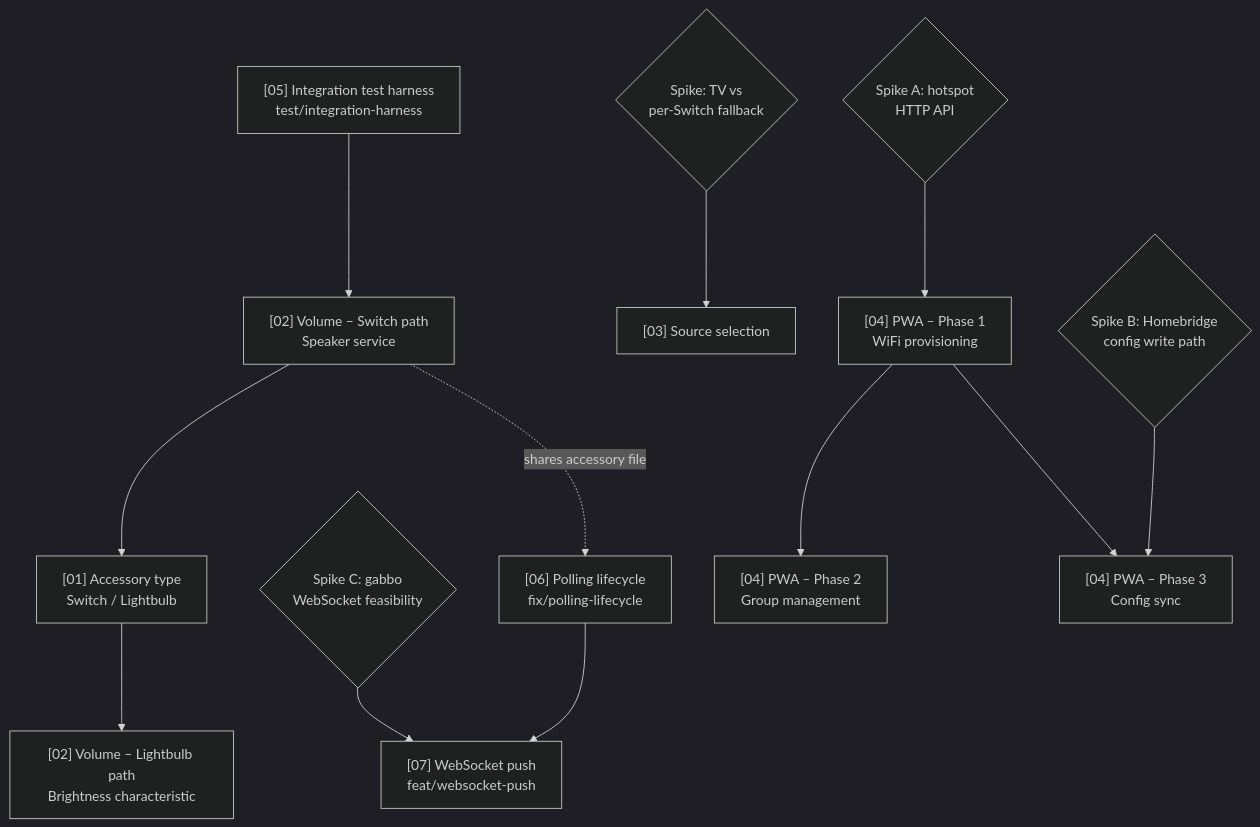
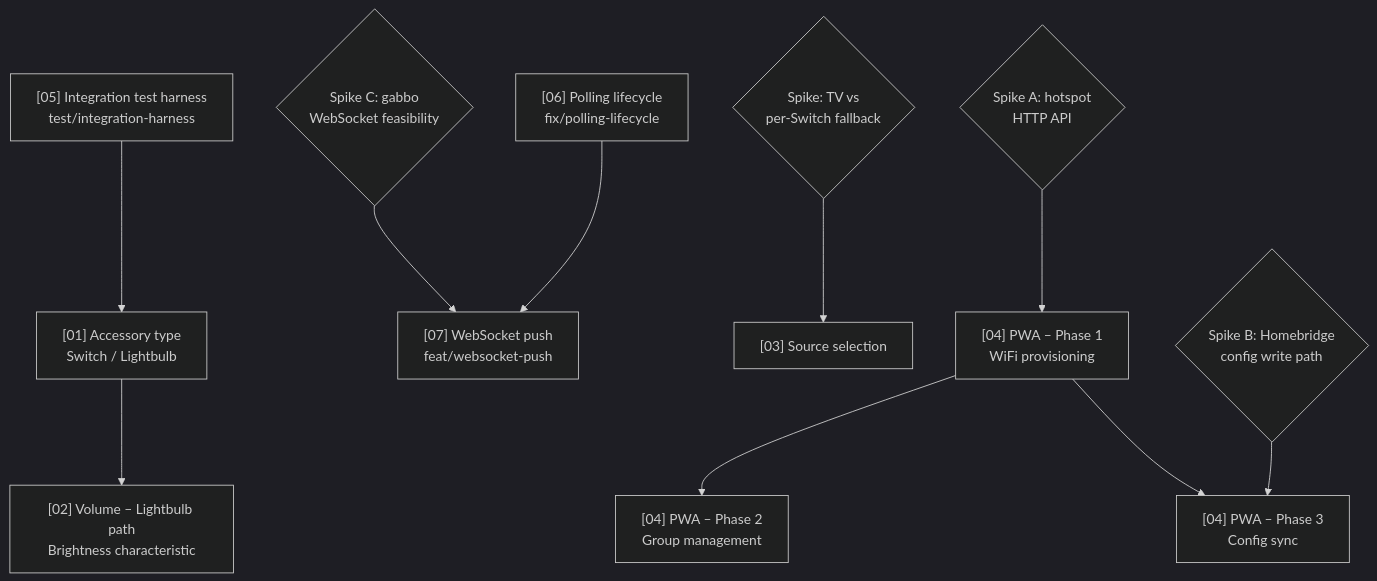
Before and after one commit to forktrucka/homebridge-soundtouch-speaker: the diagram in .claude/skills/technical-lead/ROADMAP.md, drawn with Mermaid (dark theme). The commit also changed other lines of this file and 1 other file, not shown here.

Commit message:
docs: cancel Switch volume path; pivot to Plan 01 → Lightbulb brightness (#71)

````diff
--- a/.claude/skills/technical-lead/ROADMAP.md
+++ b/.claude/skills/technical-lead/ROADMAP.md
@@ -11,29 +11,26 @@
 ```mermaid
 flowchart TD
     HarnessNode["[05] Integration test harness\ntest/integration-harness"]
-    VolSwitchNode["[02] Volume – Switch path\nSpeaker service"]
     AccessoryTypeNode["[01] Accessory type\nSwitch / Lightbulb"]
     VolLightbulbNode["[02] Volume – Lightbulb path\nBrightness characteristic"]
     PollingNode["[06] Polling lifecycle\nfix/polling-lifecycle"]
     SpikeC{"Spike C: gabbo\nWebSocket feasibility"}
     WSNode["[07] WebSocket push\nfeat/websocket-push"]
     SpikeTV{"Spike: TV vs\nper-Switch fallback"}
     SourceNode["[03] Source selection"]
     SpikeA{"Spike A: hotspot\nHTTP API"}
     SpikeB{"Spike B: Homebridge\nconfig write path"}
     PWA1Node["[04] PWA – Phase 1\nWiFi provisioning"]
     PWA2Node["[04] PWA – Phase 2\nGroup management"]
     PWA3Node["[04] PWA – Phase 3\nConfig sync"]
 
-    HarnessNode --> VolSwitchNode
-    VolSwitchNode -. "shares accessory file" .-> PollingNode
-    VolSwitchNode --> AccessoryTypeNode
+    HarnessNode --> AccessoryTypeNode
     AccessoryTypeNode --> VolLightbulbNode
     PollingNode --> WSNode
     SpikeC --> WSNode
     SpikeTV --> SourceNode
     SpikeA --> PWA1Node
     PWA1Node --> PWA2Node
     SpikeB --> PWA3Node
     PWA1Node --> PWA3Node
 ```
````
